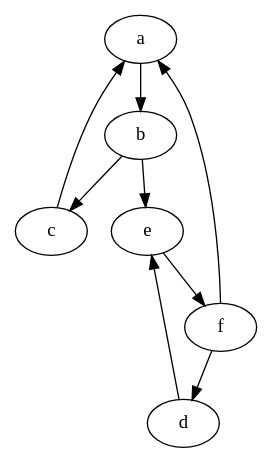
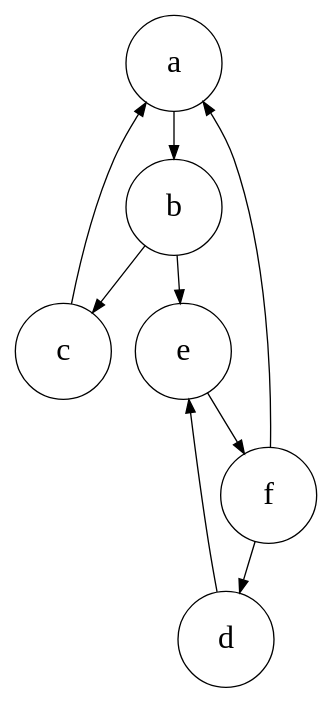
Before and after one commit to create-ensemble/feedback: the diagram in diagram/connected_trios.dot, drawn with Graphviz. The commit also changed 22 other files, not shown here.

Commit message:
a few diagram improvements; update to rewrite of matrix mixer

```diff
--- a/diagram/connected_trios.dot
+++ b/diagram/connected_trios.dot
@@ -1,6 +1,7 @@
-digraph two_trios {
+digraph connected_trios {
+  node [shape=circle, fixedsize=true, width=1.0, height=1.0, fontsize=24]
   a -> b -> c -> a
   d -> e -> f -> d
   b -> e
   f -> a
 }
```
